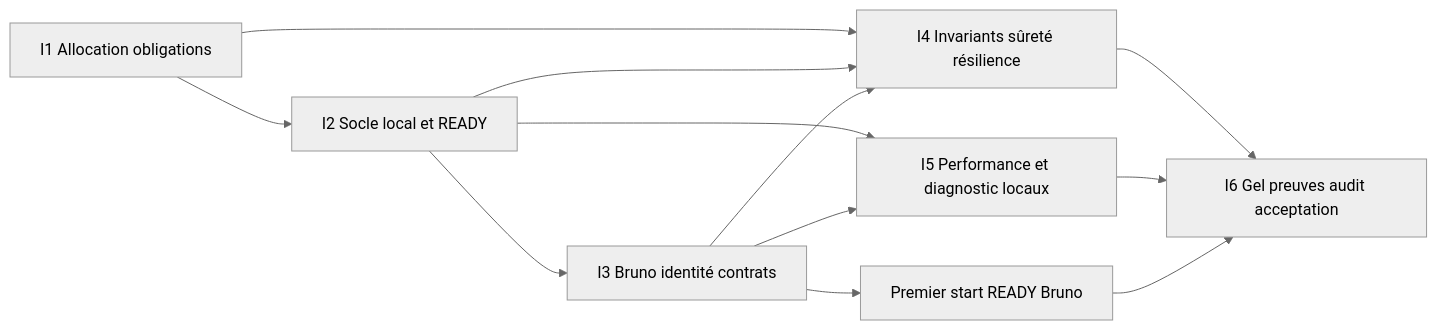
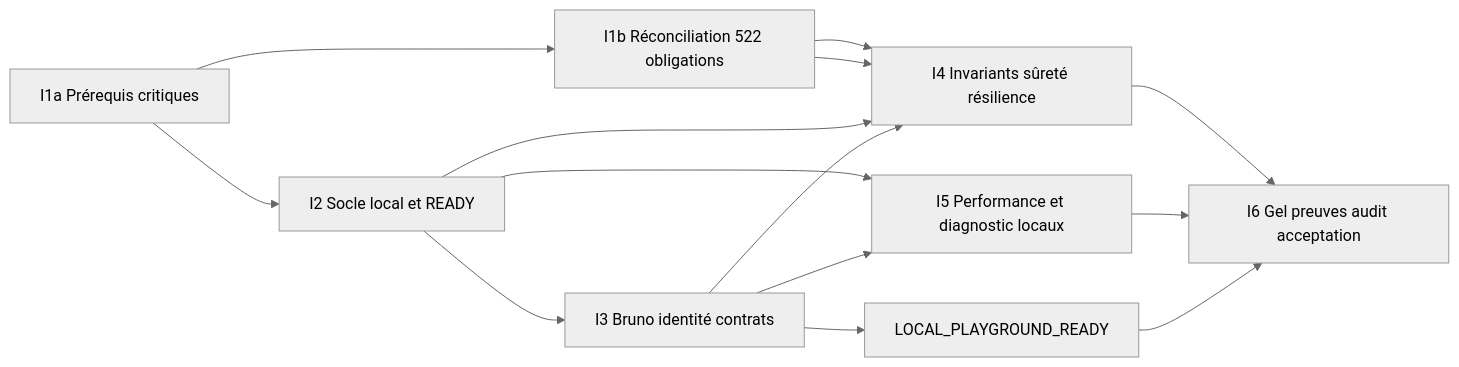
One commit to kartaguez/pocoma changed the diagram in docs/v3/L7_Local_Baseline_Incremental_Implementation_Plan.md. Above: the diagram before and after it, drawn with Mermaid (neutral theme). The commit also changed other lines of this file and 26 other files, not shown here.

Commit message:
feat(local): deliver isolated five-JVM PKCE playground and public Bruno journey

````diff
--- a/docs/v3/L7_Local_Baseline_Incremental_Implementation_Plan.md
+++ b/docs/v3/L7_Local_Baseline_Incremental_Implementation_Plan.md
@@ -15,14 +17,16 @@
 ```mermaid
 flowchart LR
-  I1[I1 Allocation obligations] --> I2[I2 Socle local et READY]
+  I1a[I1a Prérequis critiques] --> I2[I2 Socle local et READY]
+  I1b[I1b Réconciliation 522 obligations] --> I4
   I2 --> I3[I3 Bruno identité contrats]
-  I3 --> J[Premier start READY Bruno]
-  I1 --> I4[I4 Invariants sûreté résilience]
+  I3 --> J[LOCAL_PLAYGROUND_READY]
+  I1a --> I1b
+  I1b --> I4[I4 Invariants sûreté résilience]
   I2 --> I4
   I3 --> I4
   I2 --> I5[I5 Performance et diagnostic locaux]
   I3 --> I5
   I4 --> I6[I6 Gel preuves audit acceptation]
   I5 --> I6
   J --> I6
 ```
````
